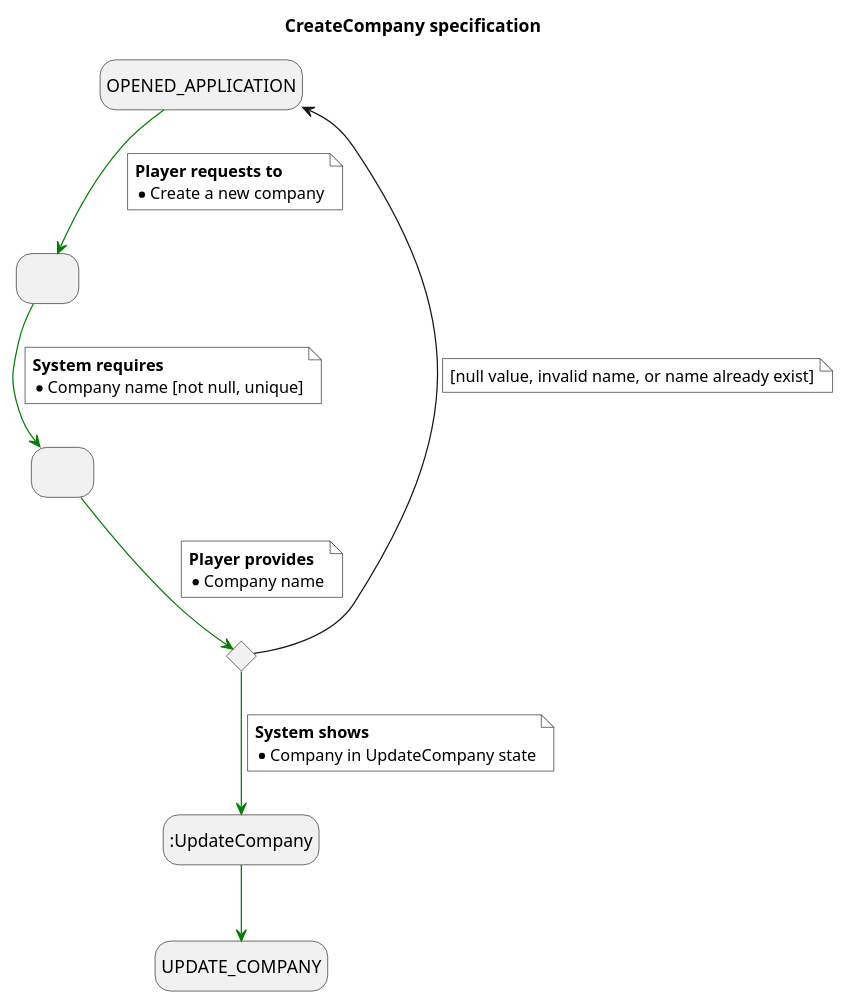
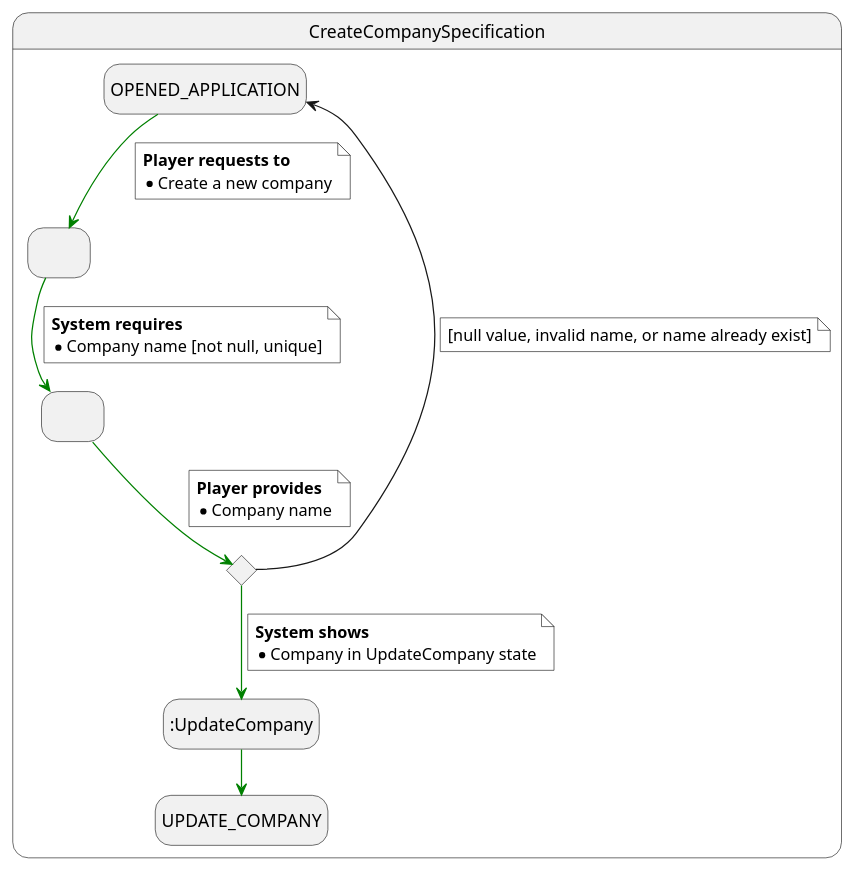
Before and after one commit to jumpering/pestmonitors: the diagram in docs/src/useCase/specification/createCompany.puml, drawn with PlantUML. The commit also changed 3 other files, not shown here.

```diff
--- a/docs/src/useCase/specification/createCompany.puml
+++ b/docs/src/useCase/specification/createCompany.puml
@@ -1,42 +1,46 @@
 @startuml
-title CreateCompany specification
+'title CreateCompany specification
 skinparam NoteBackgroundColor white
 hide empty description
 
+state CreateCompanySpecification{
 state creatingCompany as " "
 state creatingCompany2 as " "
 state CompanyCreated as ":UpdateCompany"
 state invalidCompanyName <<choice>>
 
 
 OPENED_APPLICATION -[#green]-> creatingCompany
 note on link #white
   <b>Player requests to
   * Create a new company
 end note
 
 creatingCompany -[#green]-> creatingCompany2
 note on link
   <b>System requires
   * Company name [not null, unique]
 end note
 
 creatingCompany2 -[#green]-> invalidCompanyName
 note on link
   <b>Player provides
   * Company name
 end note
 
 invalidCompanyName -up-> OPENED_APPLICATION
 note on link
   [null value, invalid name, or name already exist]
 end note
 
 invalidCompanyName -[#green]-> CompanyCreated
 note on link
   <b>System shows
   * Company in UpdateCompany state
 end note
 
 CompanyCreated -[#green]-> UPDATE_COMPANY
+}
+
+
 @enduml
```
